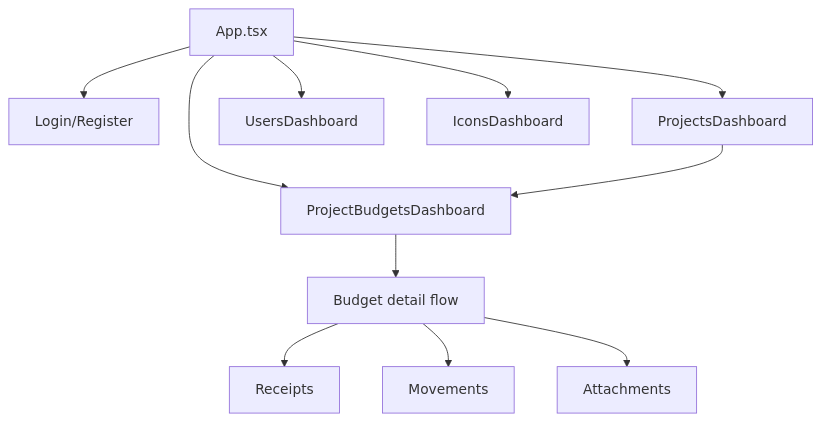
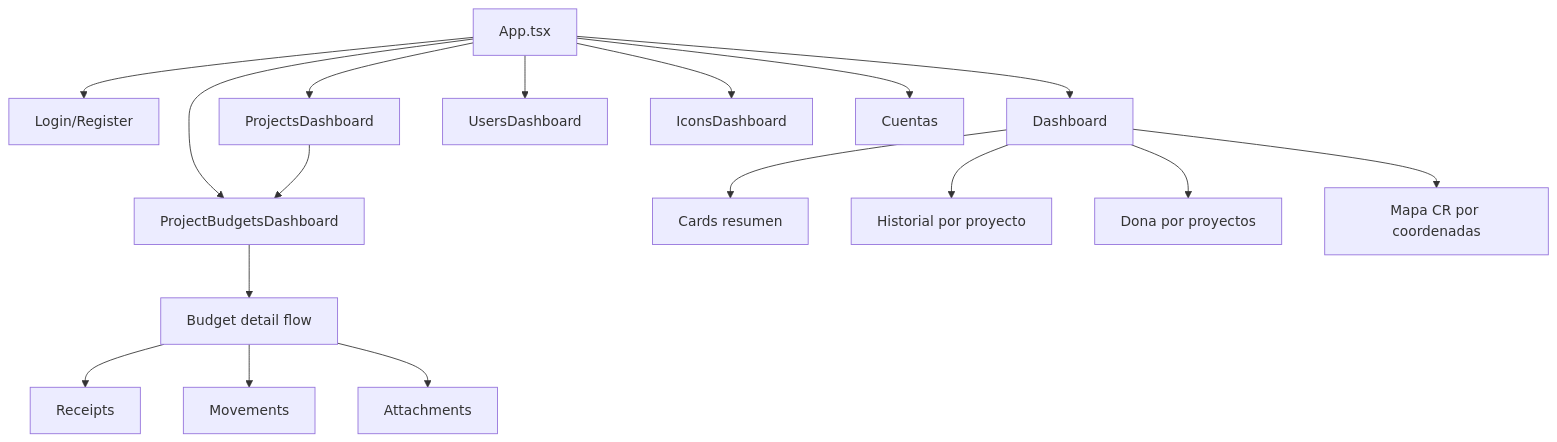
The third of 5 diagrams in project_brain/umldiagrams.md (lkccomander/Estrutec), drawn with Mermaid before and after one commit. The commit also changed other lines of this file and 16 other files, not shown here.

````diff
--- a/project_brain/umldiagrams.md
+++ b/project_brain/umldiagrams.md
@@ -32,13 +32,19 @@
 ```mermaid
 flowchart TD
     App[App.tsx] --> Login[Login/Register]
+    App --> Home[Dashboard]
     App --> Projects[ProjectsDashboard]
     App --> ProjectBudgets[ProjectBudgetsDashboard]
     App --> Users[UsersDashboard]
     App --> Icons[IconsDashboard]
+    App --> Accounts[Cuentas]
+    Home --> Summary[Cards resumen]
+    Home --> History[Historial por proyecto]
+    Home --> Donut[Dona por proyectos]
+    Home --> Map[Mapa CR por coordenadas]
     Projects --> ProjectBudgets
     ProjectBudgets --> Detail[Budget detail flow]
     Detail --> Receipts[Receipts]
     Detail --> Movements[Movements]
     Detail --> Attachments[Attachments]
 ```
````
